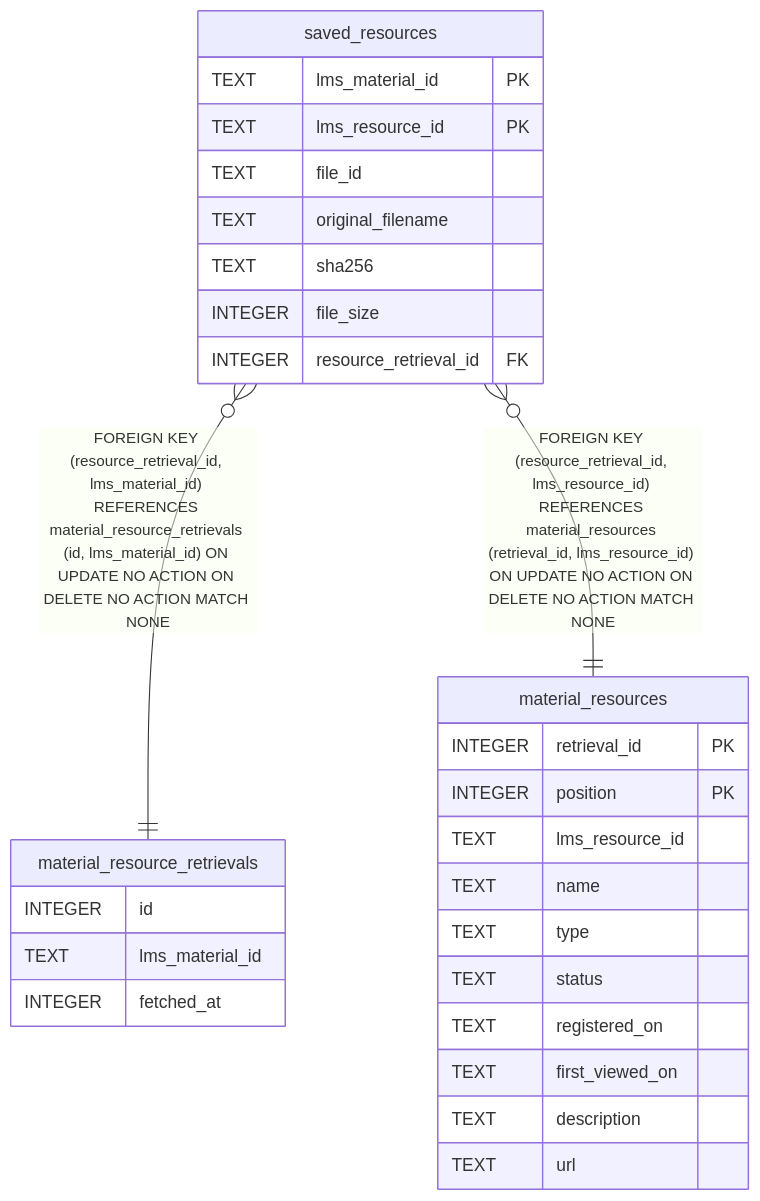
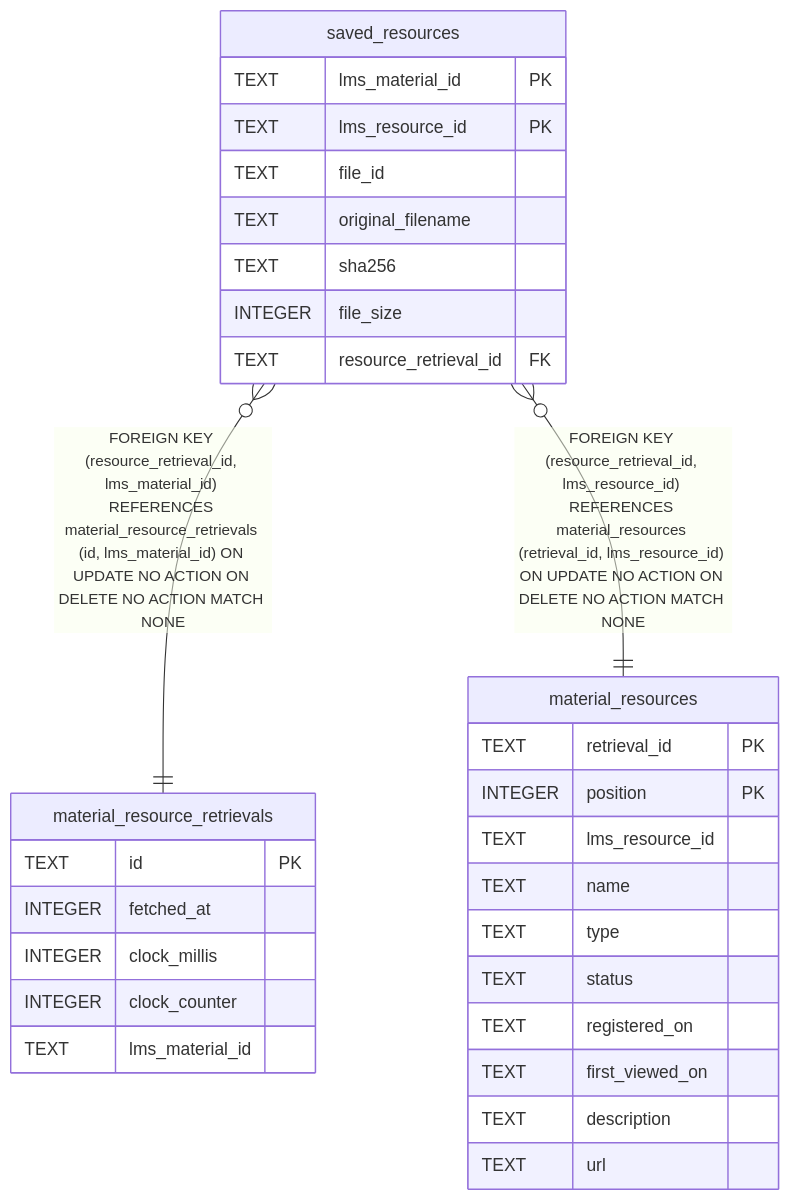
One commit to futsuuu/ku-potato changed the diagram in docs/db/saved_resources.md. Above: the diagram before and after it, drawn with Mermaid. The commit also changed other lines of this file and 50 other files, not shown here.

````diff
--- a/docs/db/saved_resources.md
+++ b/docs/db/saved_resources.md
@@ -61,33 +61,35 @@
 ```mermaid
 erDiagram
 
 "saved_resources" }o--|| "material_resource_retrievals" : "FOREIGN KEY (resource_retrieval_id, lms_material_id) REFERENCES material_resource_retrievals (id, lms_material_id) ON UPDATE NO ACTION ON DELETE NO ACTION MATCH NONE"
 "saved_resources" }o--|| "material_resources" : "FOREIGN KEY (resource_retrieval_id, lms_resource_id) REFERENCES material_resources (retrieval_id, lms_resource_id) ON UPDATE NO ACTION ON DELETE NO ACTION MATCH NONE"
 
 "saved_resources" {
   TEXT lms_material_id PK
   TEXT lms_resource_id PK
   TEXT file_id
   TEXT original_filename
   TEXT sha256
   INTEGER file_size
-  INTEGER resource_retrieval_id FK
+  TEXT resource_retrieval_id FK
 }
 "material_resource_retrievals" {
-  INTEGER id
+  TEXT id PK
+  INTEGER fetched_at
+  INTEGER clock_millis
+  INTEGER clock_counter
   TEXT lms_material_id
-  INTEGER fetched_at
 }
 "material_resources" {
-  INTEGER retrieval_id PK
+  TEXT retrieval_id PK
   INTEGER position PK
   TEXT lms_resource_id
   TEXT name
   TEXT type
   TEXT status
   TEXT registered_on
   TEXT first_viewed_on
   TEXT description
   TEXT url
 }
 ```
````
